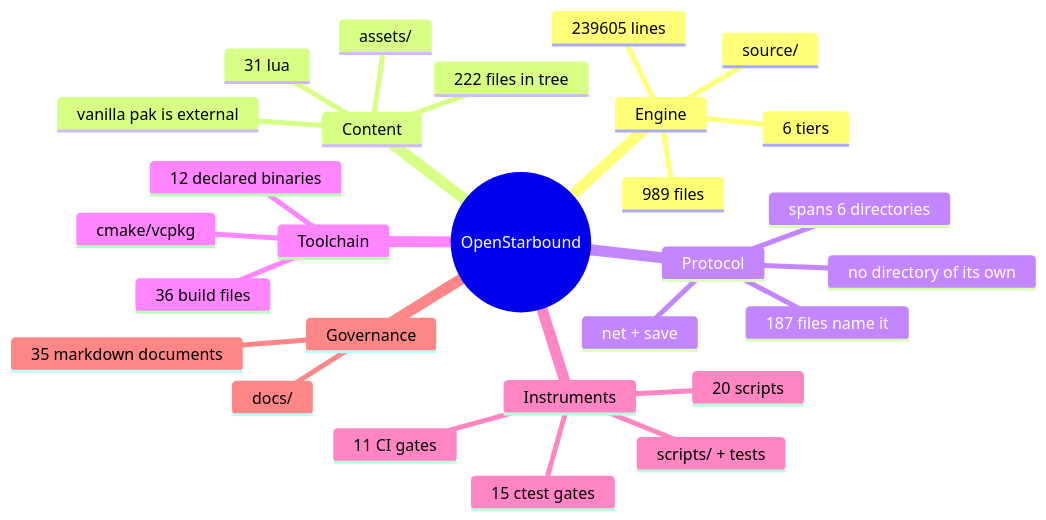
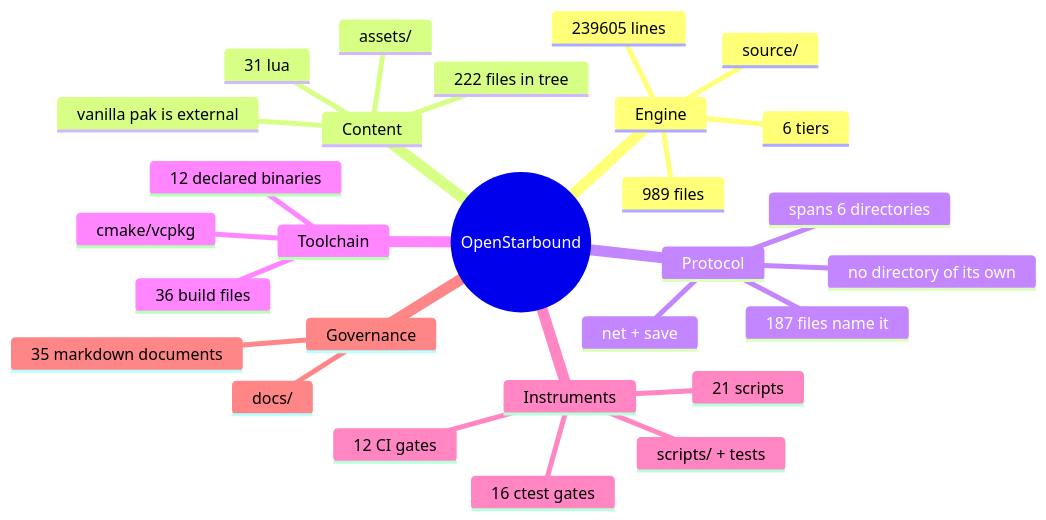
The second of 11 diagrams in docs/architecture/system-boundaries.md (apnex/OpenStarbound), drawn with Mermaid before and after one commit. The commit also changed 5 other files, not shown here.

````diff
--- a/docs/architecture/system-boundaries.md
+++ b/docs/architecture/system-boundaries.md
@@ -166,31 +166,31 @@
 ```mermaid
 mindmap
   root((OpenStarbound))
     Engine
       source/
       989 files
       239605 lines
       6 tiers
     Content
       assets/
       222 files in tree
       31 lua
       vanilla pak is external
     Protocol
       net + save
       187 files name it
       spans 6 directories
       no directory of its own
     Toolchain
       cmake/vcpkg
       36 build files
       12 declared binaries
     Instruments
       scripts/ + tests
-      20 scripts
-      15 ctest gates
-      11 CI gates
+      21 scripts
+      16 ctest gates
+      12 CI gates
     Governance
       docs/
       35 markdown documents
 ```
````
